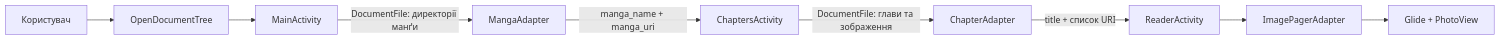
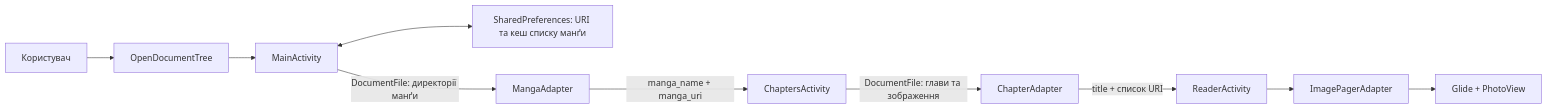
The diagram in docs/ARCHITECTURE.md (crypset/kiroku-manga-reader), drawn with Mermaid before and after one commit. The commit also changed other lines of this file and 3 other files, not shown here.

````diff
--- a/docs/ARCHITECTURE.md
+++ b/docs/ARCHITECTURE.md
@@ -19,11 +19,12 @@
 ```mermaid
 flowchart LR
     U["Користувач"] --> P["OpenDocumentTree"]
     P --> M["MainActivity"]
+    M <--> S["SharedPreferences: URI та кеш списку манґи"]
     M -->|DocumentFile: директорії манґи| MA["MangaAdapter"]
     MA -->|manga_name + manga_uri| C["ChaptersActivity"]
     C -->|DocumentFile: глави та зображення| CA["ChapterAdapter"]
     CA -->|title + список URI| R["ReaderActivity"]
     R --> IPA["ImagePagerAdapter"]
     IPA --> G["Glide + PhotoView"]
 ```
````
